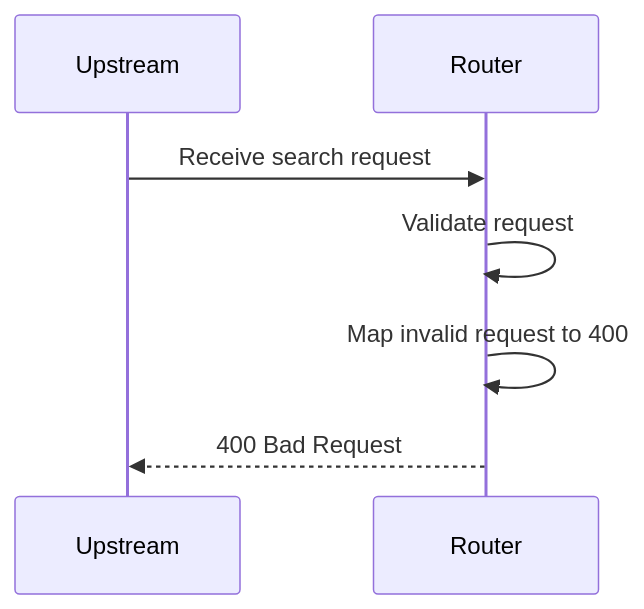
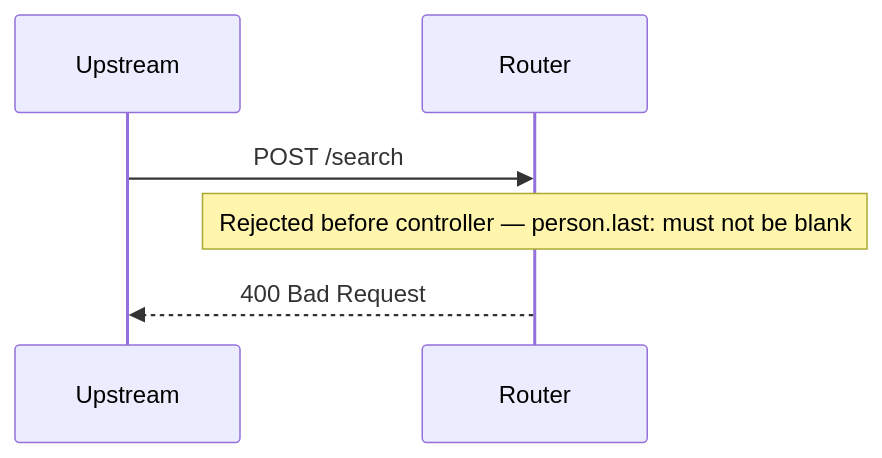
The diagram in main-app/docs/flows/invalid-request.md (jwdomes/automockit), drawn with Mermaid before and after one commit. The commit also changed other lines of this file and 106 other files, not shown here.

First line of the commit message:
Extract flow docs into add-only library modules; switch Gradle to Groovy

````diff
--- a/main-app/docs/flows/invalid-request.md
+++ b/main-app/docs/flows/invalid-request.md
@@ -38,10 +38,9 @@
 ```mermaid
 sequenceDiagram
-    %% Missing person.last: validation fails with 400 before any partner is considered
+    %% Missing person.last: Spring's @Valid rejects it with 400 before the controller runs. MockMvc doesn't render the servlet container's error page, so the body here is empty
     participant UPSTREAM as Upstream
     participant ROUTER as Router
-    UPSTREAM->>ROUTER: Receive search request
-    ROUTER->>ROUTER: Validate request
-    ROUTER->>ROUTER: Map invalid request to 400
+    UPSTREAM->>ROUTER: POST /search
+    Note over ROUTER: Rejected before controller — person.last: must not be blank
     ROUTER-->>UPSTREAM: 400 Bad Request
 ```
````
